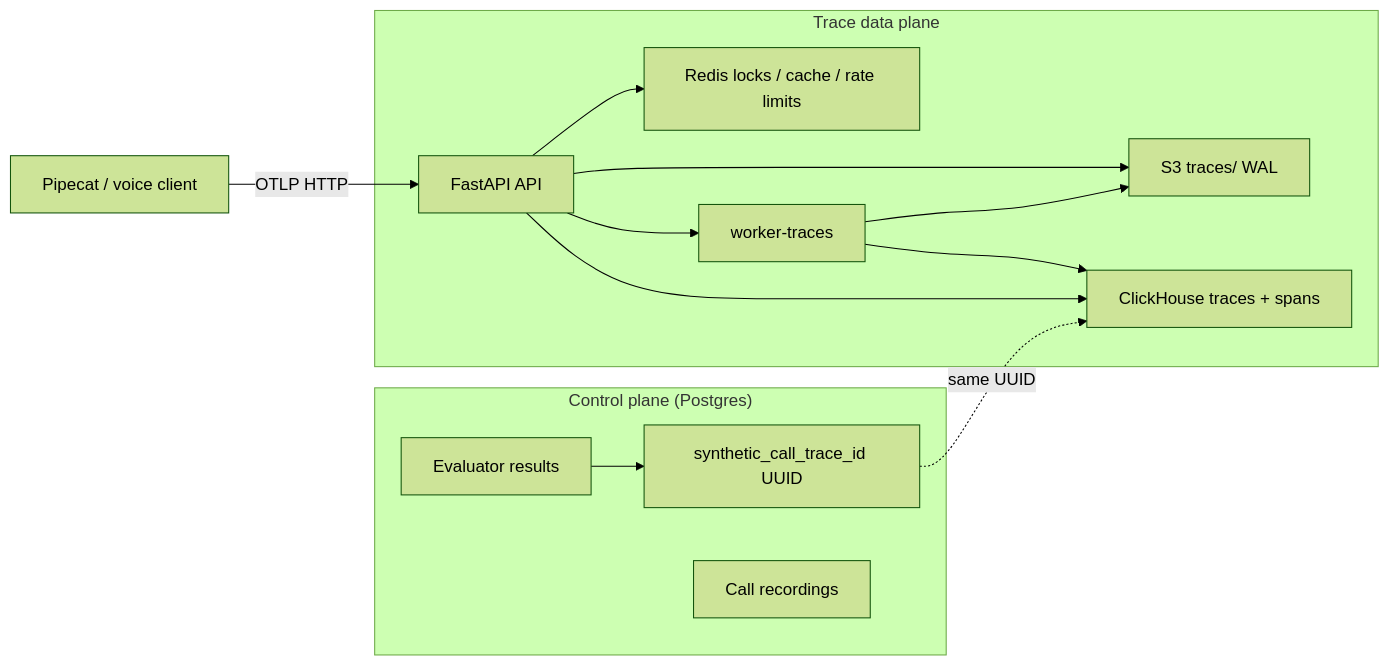
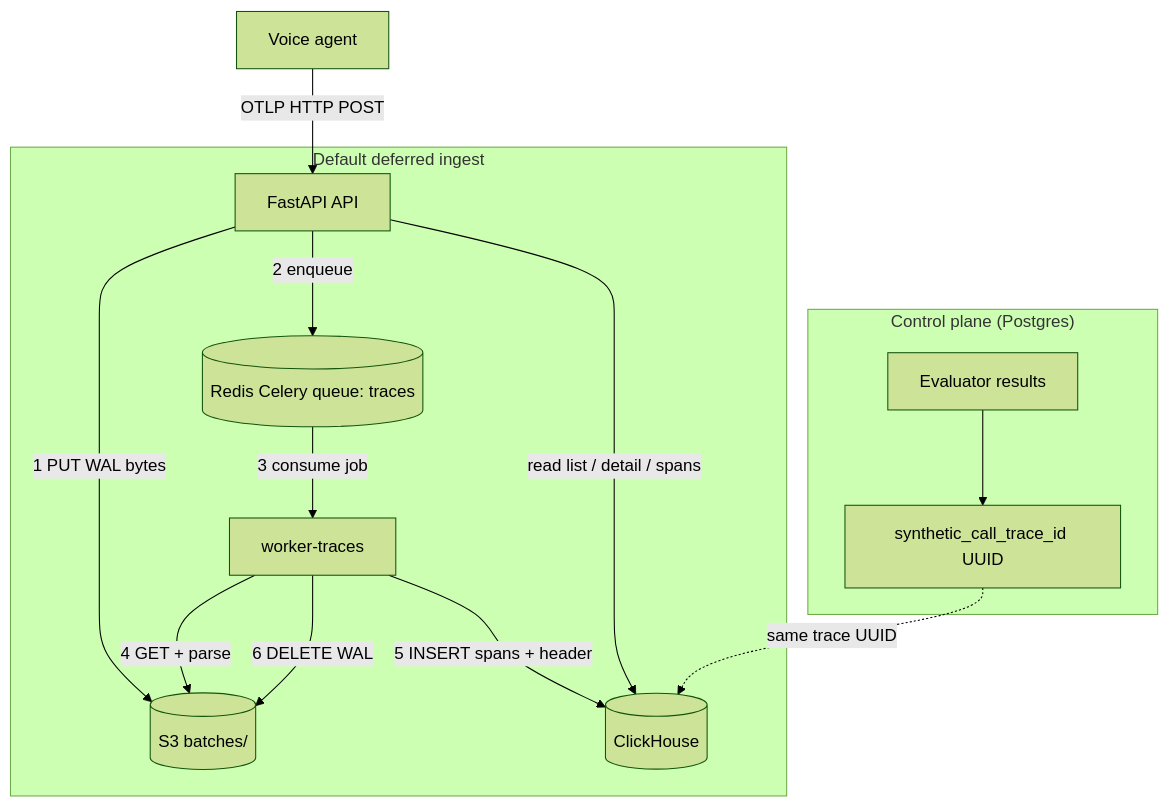
Before and after one commit to EfficientAI-tech/efficientAI: the first of 2 diagrams in docs/otel-traces-team-sync.md, drawn with Mermaid (forest theme). The commit also changed other lines of this file and 1 other file, not shown here.

Commit message:
chore(docs): update OTLP trace ingestion documentation for clarity and accuracy

````diff
--- a/docs/otel-traces-team-sync.md
+++ b/docs/otel-traces-team-sync.md
@@ -29,26 +47,22 @@
 ```mermaid
-flowchart LR
+flowchart TB
   subgraph control["Control plane (Postgres)"]
     Eval[Evaluator results]
     Link[synthetic_call_trace_id UUID]
-    Rec[Call recordings]
   end
 
-  subgraph data["Trace data plane"]
-    API[FastAPI API]
-    S3[S3 traces/ WAL]
-    Redis[Redis locks / cache / rate limits]
-    CH[ClickHouse traces + spans]
-    WT[worker-traces]
+  Bot[Voice agent] -->|OTLP HTTP POST| API[FastAPI API]
+
+  subgraph defer["Default deferred ingest"]
+    API -->|1 PUT WAL bytes| S3[(S3 batches/)]
+    API -->|2 enqueue| Q[(Redis Celery queue: traces)]
+    Q -->|3 consume job| WT[worker-traces]
+    WT -->|4 GET + parse| S3
+    WT -->|5 INSERT spans + header| CH[(ClickHouse)]
+    WT -->|6 DELETE WAL| S3
   end
 
-  Bot[Pipecat / voice client] -->|OTLP HTTP| API
-  API --> S3
-  API --> Redis
-  API --> WT
-  WT --> CH
-  WT --> S3
-  API --> CH
+  API -->|read list / detail / spans| CH
   Eval --> Link
-  Link -.->|same UUID| CH
+  Link -.->|same trace UUID| CH
 ```
````
